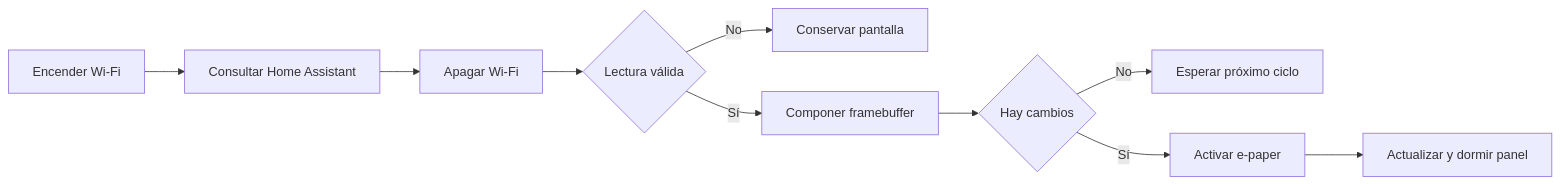
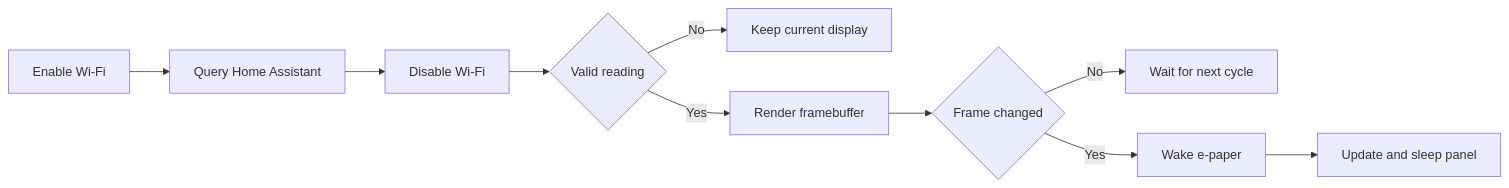
Before and after one commit to pedromartinezweb/Home-Assistant-Ink-Display-RPI-Pico: the diagram in README.md, drawn with Mermaid. The commit also changed other lines of this file and 5 other files, not shown here.

````diff
--- a/README.md
+++ b/README.md
@@ -134,12 +132,12 @@
 ```mermaid
 flowchart LR
-    A[Encender Wi-Fi] --> B[Consultar Home Assistant]
-    B --> C[Apagar Wi-Fi]
-    C --> D{Lectura válida}
-    D -- No --> E[Conservar pantalla]
-    D -- Sí --> F[Componer framebuffer]
-    F --> G{Hay cambios}
-    G -- No --> H[Esperar próximo ciclo]
-    G -- Sí --> I[Activar e-paper]
-    I --> J[Actualizar y dormir panel]
+    A[Enable Wi-Fi] --> B[Query Home Assistant]
+    B --> C[Disable Wi-Fi]
+    C --> D{Valid reading}
+    D -- No --> E[Keep current display]
+    D -- Yes --> F[Render framebuffer]
+    F --> G{Frame changed}
+    G -- No --> H[Wait for next cycle]
+    G -- Yes --> I[Wake e-paper]
+    I --> J[Update and sleep panel]
 ```
````
